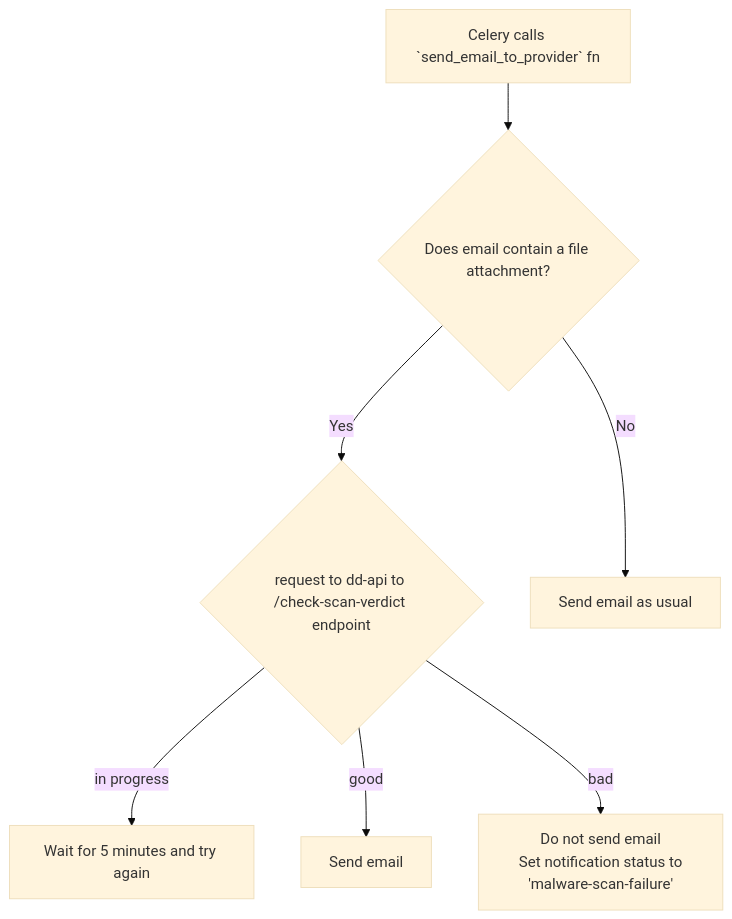
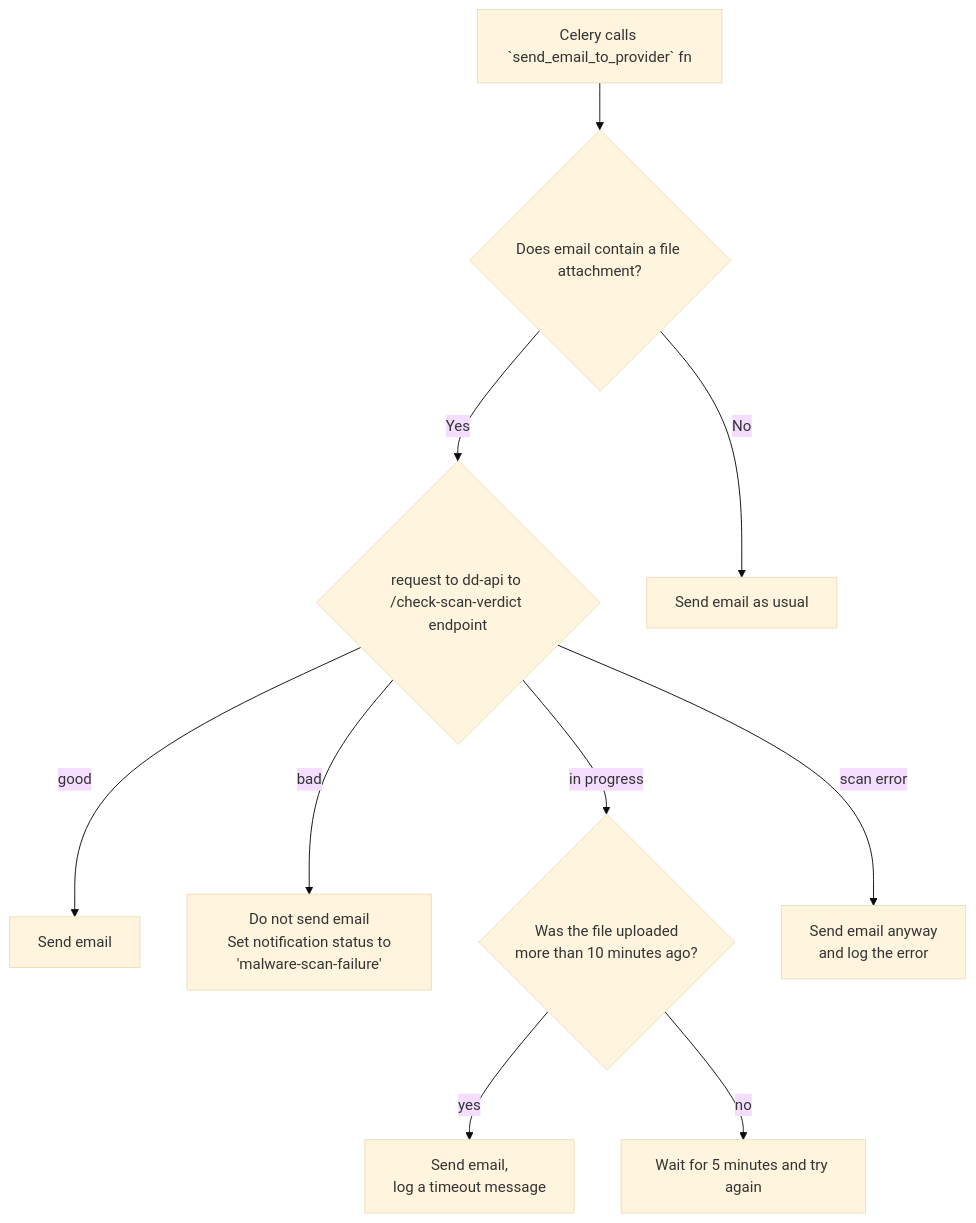
Before and after one commit to cds-snc/notification-adr: the second of 2 diagrams in records/2023-01-24.malicious-content-scanning.md, drawn with Mermaid (base theme).

Commit message:
added some more details to the tree diagram

````diff
--- a/records/2023-01-24.malicious-content-scanning.md
+++ b/records/2023-01-24.malicious-content-scanning.md
@@ -52,16 +52,22 @@
 ```mermaid
 flowchart TD
     A[Celery calls `send_email_to_provider` fn]
     B{Does email contain a file attachment?}
     C1{request to dd-api to \n/check-scan-verdict endpoint}
     C2[Send email as usual]
     D[Wait for 5 minutes and try again]
     E[Send email]
     F[Do not send email\n Set notification status to 'malware-scan-failure']
+    G{Was the file uploaded \nmore than 10 minutes ago?}
+    H[Send email, \n log a timeout message]
+    I[Send email anyway \n and log the error]
     A-->B
     B-- Yes -->C1
     B-- No -->C2
-    C1-- in progress -->D
+    C1-- in progress -->G
+    C1-- scan error -->I
     C1-- good -->E
     C1-- bad -->F
+    G-- yes --> H
+    G-- no --> D
 ```
````
